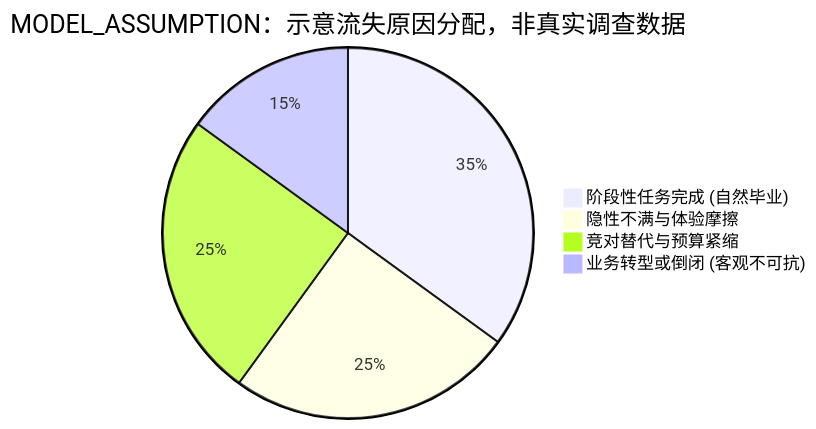
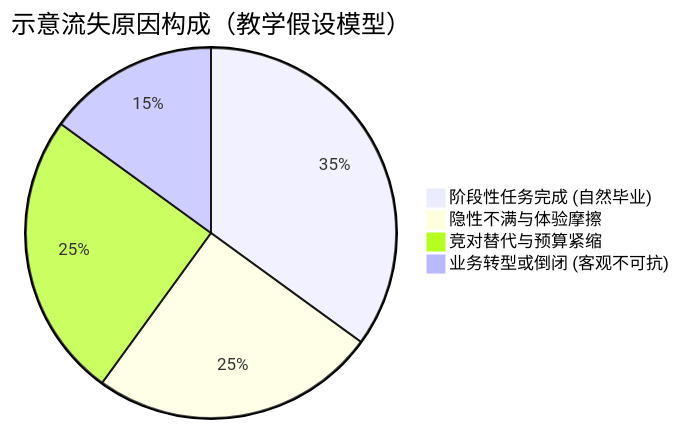
One commit to entropy-student/project changed the sixth of 6 diagrams in cross-border-business/05-acquisition-growth/docs/CHAPTER5_FINAL_SEALED.md. Above: the diagram before and after it, drawn with Mermaid. The commit also changed other lines of this file, not shown here.

````diff
--- a/cross-border-business/05-acquisition-growth/docs/CHAPTER5_FINAL_SEALED.md
+++ b/cross-border-business/05-acquisition-growth/docs/CHAPTER5_FINAL_SEALED.md
@@ -356,7 +360,7 @@
 ```mermaid
-pie title MODEL_ASSUMPTION：示意流失原因分配，非真实调查数据
+pie title 示意流失原因构成（教学假设模型）
     "阶段性任务完成 (自然毕业)" : 35
     "隐性不满与体验摩擦" : 25
     "竞对替代与预算紧缩" : 25
     "业务转型或倒闭 (客观不可抗)" : 15
 ```
````
